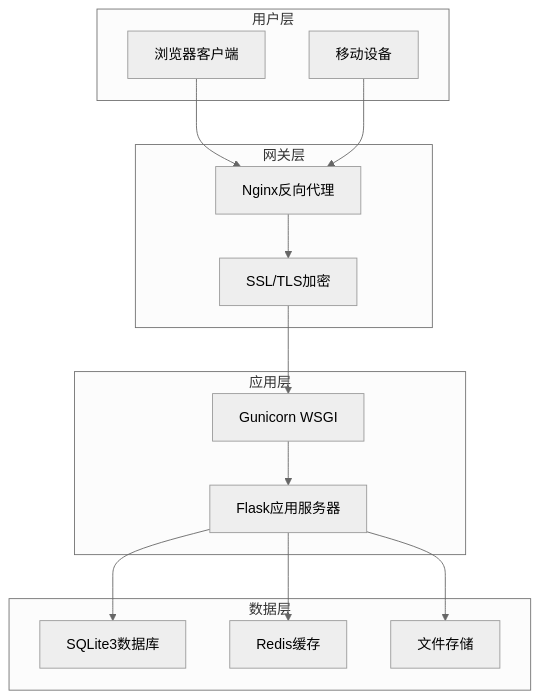
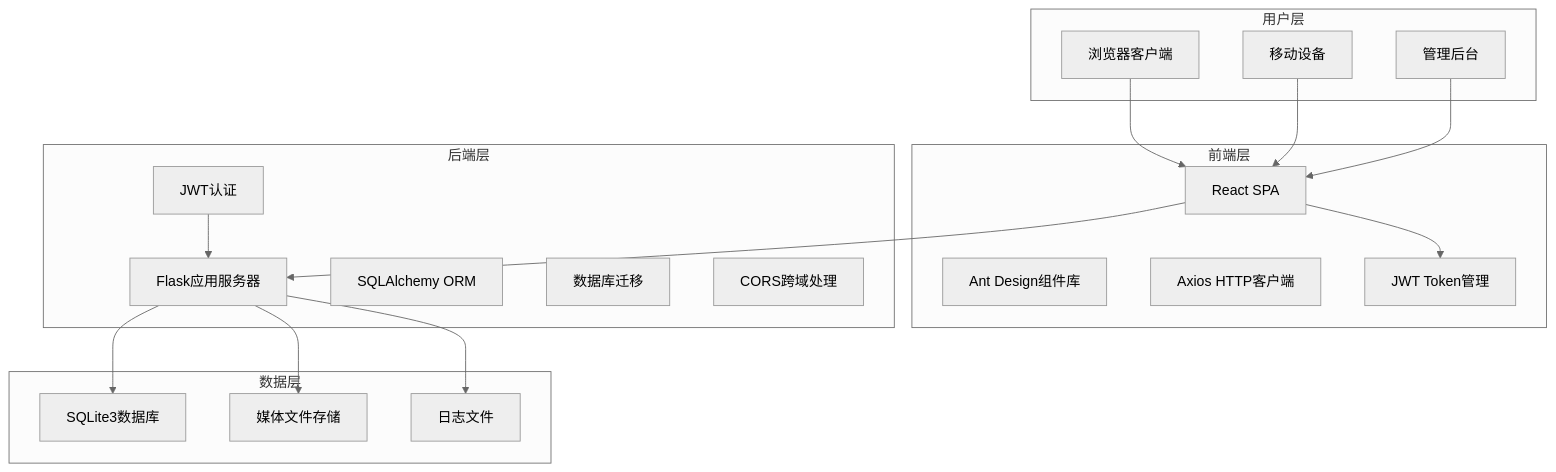
One commit to wyg5208/website_diy changed the first of 2 diagrams in .qoder/repowiki/zh/content/项目概述.md. Above: the diagram before and after it, drawn with Mermaid (neutral theme). The commit also changed other lines of this file and 43 other files, not shown here.

````diff
--- a/.qoder/repowiki/zh/content/项目概述.md
+++ b/.qoder/repowiki/zh/content/项目概述.md
@@ -56,28 +82,35 @@
 ```mermaid
 graph TB
 subgraph "用户层"
 Browser[浏览器客户端]
 Mobile[移动设备]
+AdminPanel[管理后台]
 end
-subgraph "网关层"
-Nginx[Nginx反向代理]
-SSL[SSL/TLS加密]
+subgraph "前端层"
+React[React SPA]
+AntD[Ant Design组件库]
+Axios[Axios HTTP客户端]
+JWT[JWT Token管理]
 end
-subgraph "应用层"
+subgraph "后端层"
 Flask[Flask应用服务器]
-Gunicorn[Gunicorn WSGI]
+JWTAuth[JWT认证]
+SQLAlchemy[SQLAlchemy ORM]
+FlaskMigrate[数据库迁移]
+CORS[CORS跨域处理]
 end
 subgraph "数据层"
 SQLite[SQLite3数据库]
-Redis[Redis缓存]
-Storage[文件存储]
+Media[媒体文件存储]
+Logs[日志文件]
 end
-Browser --> Nginx
-Mobile --> Nginx
-Nginx --> SSL
-SSL --> Gunicorn
-Gunicorn --> Flask
+Browser --> React
+Mobile --> React
+AdminPanel --> React
+React --> Flask
+React --> JWT
+JWTAuth --> Flask
 Flask --> SQLite
-Flask --> Redis
-Flask --> Storage
+Flask --> Media
+Flask --> Logs
 ```
````
